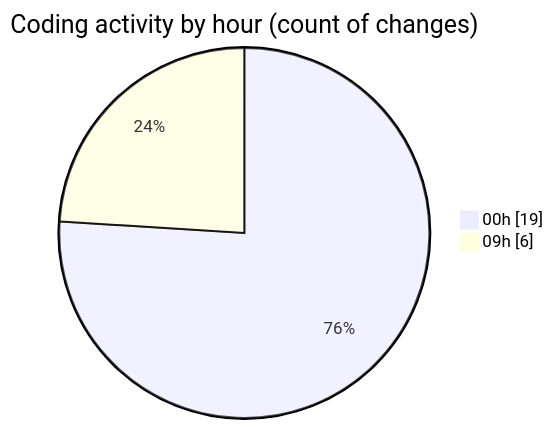
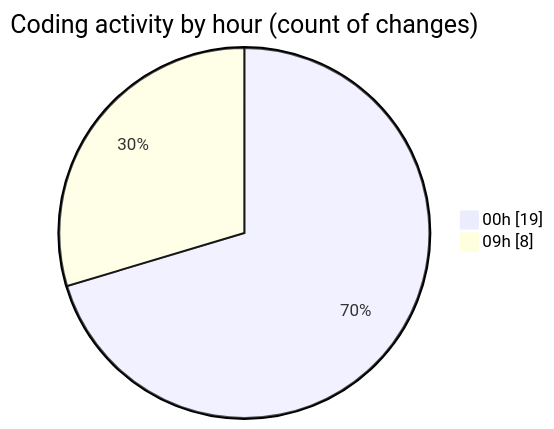
Before and after one commit to EIIisD/code-tracking: the second of 2 diagrams in 2025-08-12/ribbon/README.md, drawn with Mermaid. The commit also changed other lines of this file and 1 other file, not shown here.

````diff
--- a/2025-08-12/ribbon/README.md
+++ b/2025-08-12/ribbon/README.md
@@ -43,6 +44,6 @@
 ```mermaid
 pie showData
 title Coding activity by hour (count of changes)
 "00h" : 19
-"09h" : 6
+"09h" : 8
 ```
````
